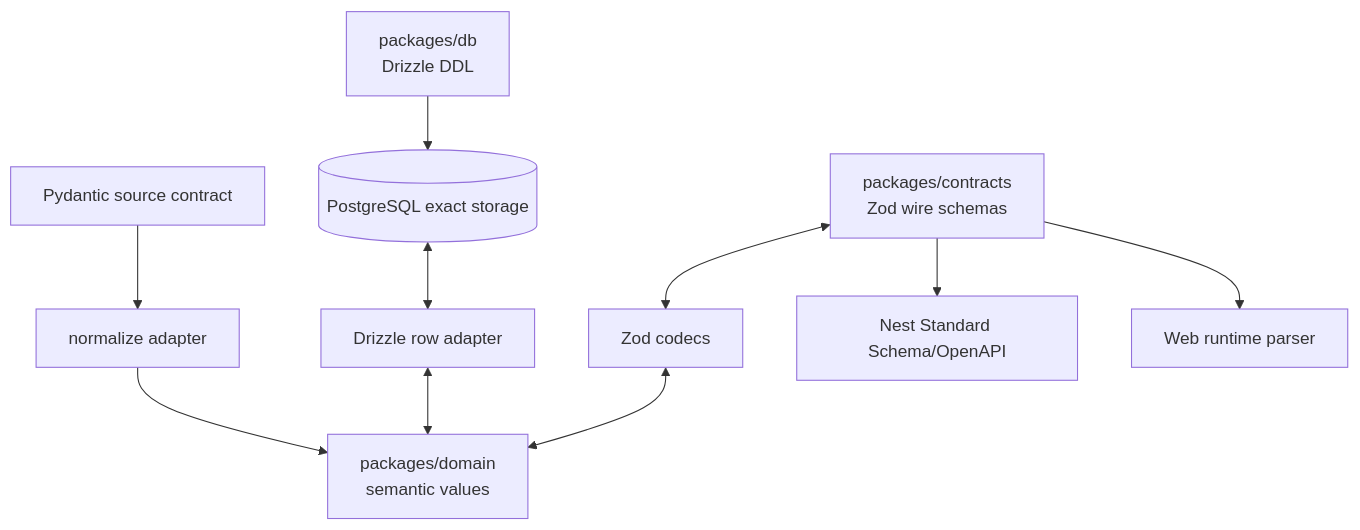
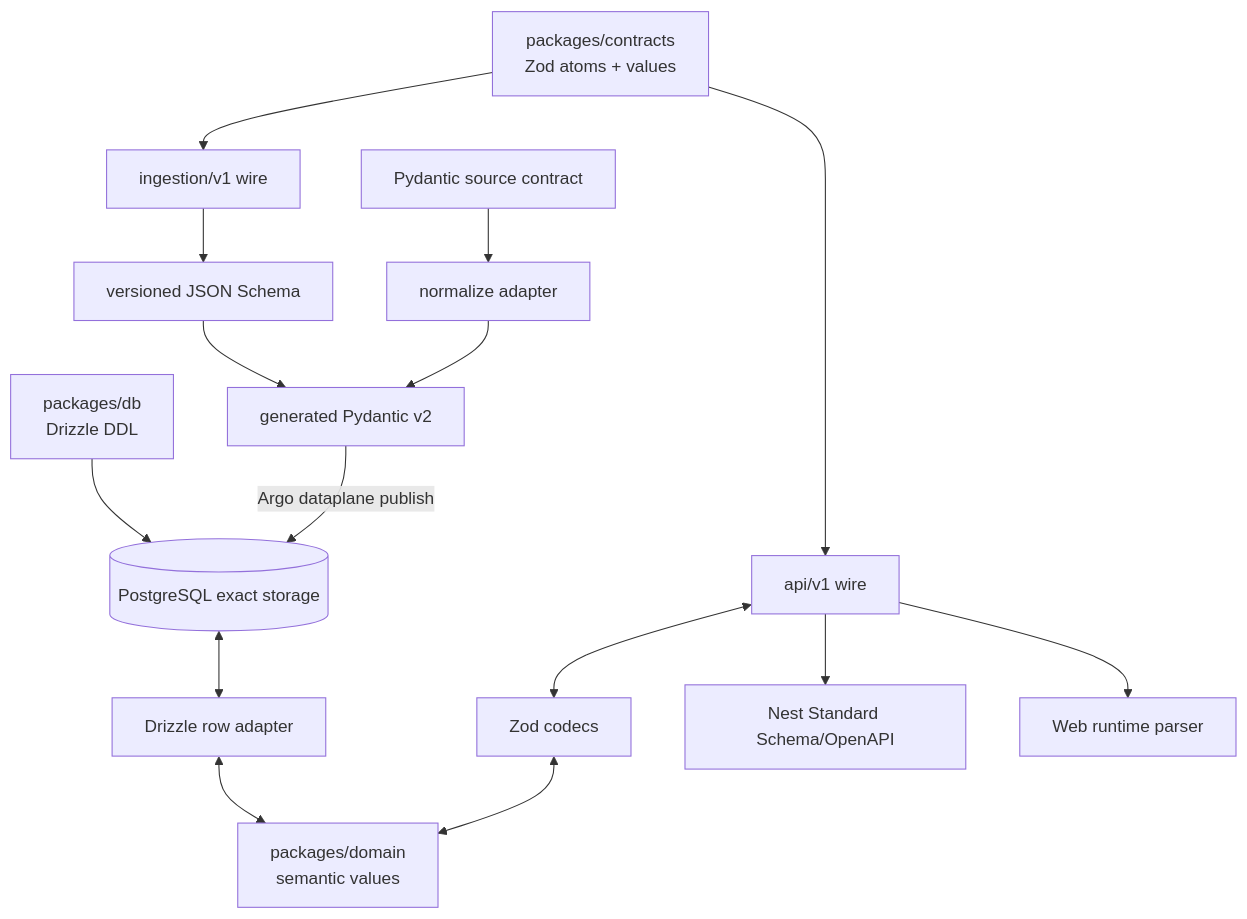
The fifth of 5 diagrams in docs/architecture/c4.md (Lamyzm/eat-bid-service), drawn with Mermaid before and after one commit. The commit also changed other lines of this file and 11 other files, not shown here.

Commit message:
docs(architecture): define portable Zod contract hub

````diff
--- a/docs/architecture/c4.md
+++ b/docs/architecture/c4.md
@@ -138,12 +138,17 @@
 ```mermaid
 flowchart TB
     source[Pydantic source contract] --> normalize[normalize adapter]
-    normalize --> domain[packages/domain\nsemantic values]
+    hub[packages/contracts\nZod atoms + values] --> ingest[ingestion/v1 wire]
+    hub --> public[api/v1 wire]
+    ingest --> jsonschema[versioned JSON Schema]
+    jsonschema --> generated[generated Pydantic v2]
+    normalize --> generated
     ddl[packages/db\nDrizzle DDL] --> db[(PostgreSQL exact storage)]
+    generated -->|Argo dataplane publish| db
     db <--> adapter[Drizzle row adapter]
-    adapter <--> domain
-    contract[packages/contracts\nZod wire schemas] <--> codec[Zod codecs]
+    adapter <--> domain[packages/domain\nsemantic values]
+    public <--> codec[Zod codecs]
     codec <--> domain
-    contract --> http[Nest Standard Schema/OpenAPI]
-    contract --> web[Web runtime parser]
+    public --> http[Nest Standard Schema/OpenAPI]
+    public --> web[Web runtime parser]
 ```
````
